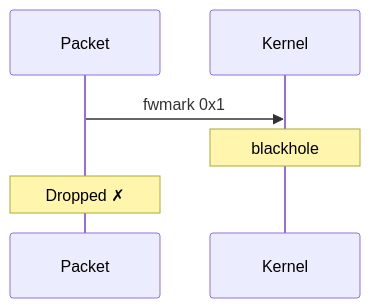
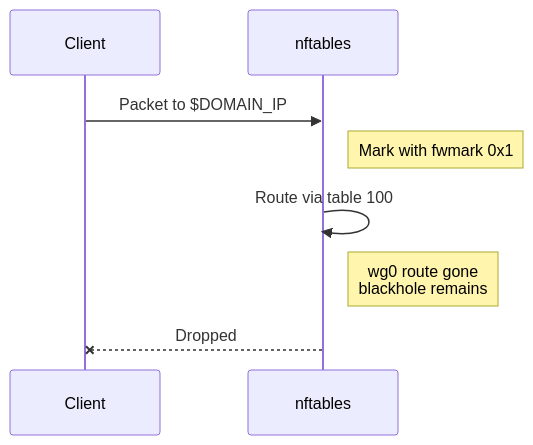
One commit to starsandmanifolds/starsandmanifolds.xyz changed the fourth of 5 diagrams in src/content/blog/2025-12-31-domain-based-split-tunneling-using-wireguard.md. Above: the diagram before and after it, drawn with Mermaid. The commit also changed other lines of this file and 2 other files, not shown here.

Commit message:
feat: enhance mermaid diagram styling for flowcharts and sequence diagrams.

````diff
--- a/src/content/blog/2025-12-31-domain-based-split-tunneling-using-wireguard.md
+++ b/src/content/blog/2025-12-31-domain-based-split-tunneling-using-wireguard.md
@@ -385,9 +367,11 @@
    ```mermaid
    sequenceDiagram
-       participant Packet
-       participant K as Kernel
+       participant Client
+       participant nftables
 
-       Packet->>K: fwmark 0x1
-       Note over K: blackhole
-       Note over Packet: Dropped ✗
+       Client->>nftables: Packet to $DOMAIN_IP
+       Note right of nftables: Mark with fwmark 0x1
+       nftables->>nftables: Route via table 100
+       Note right of nftables: wg0 route gone<br/>blackhole remains
+       nftables--xClient: Dropped
    ```
````
